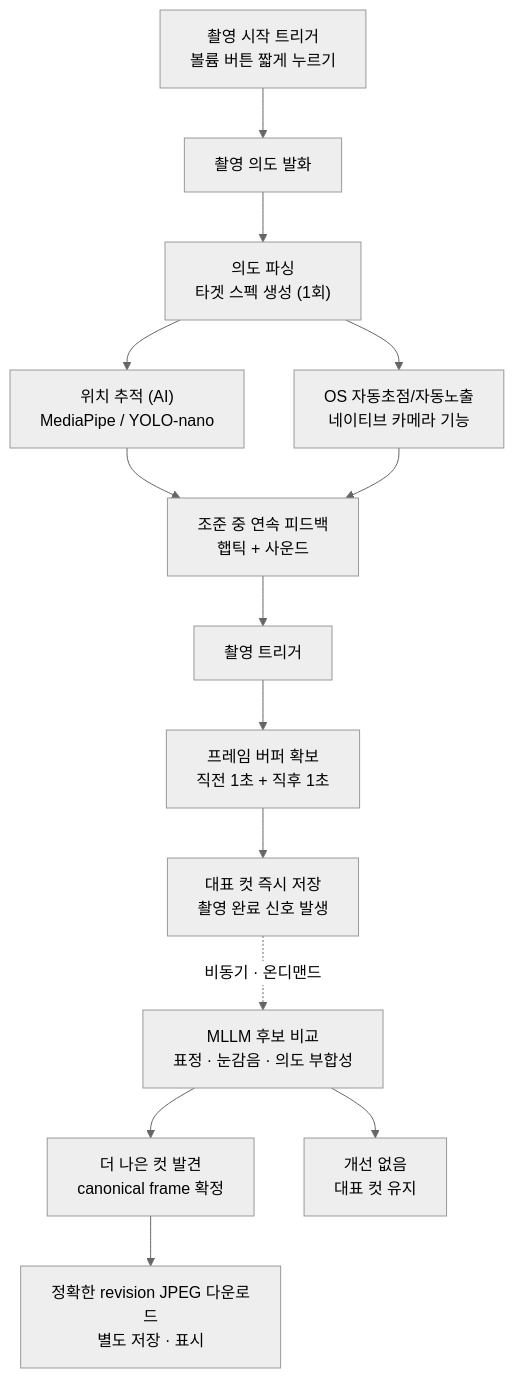
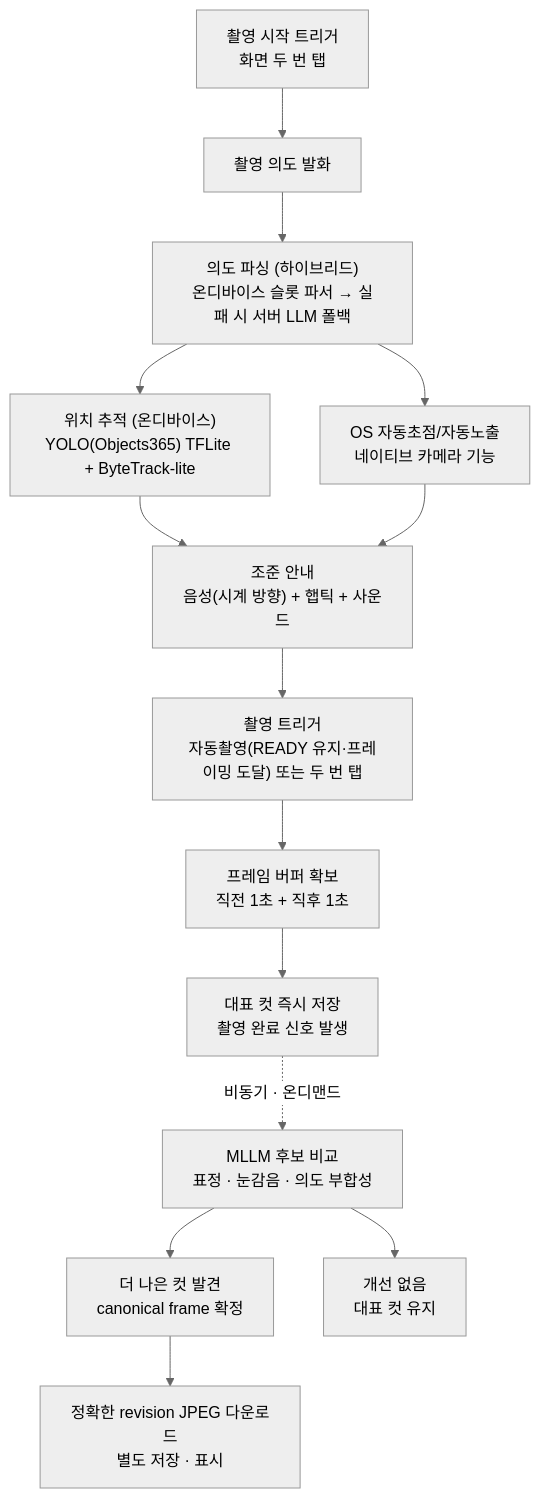
The diagram in README.md (SKT-FLY-AI-Challenger-9/Snap-Sight), drawn with Mermaid (neutral theme) before and after one commit. The commit also changed other lines of this file, not shown here.

````diff
--- a/README.md
+++ b/README.md
@@ -22,16 +23,16 @@
 ```mermaid
 flowchart TD
-    A["촬영 시작 트리거<br/>볼륨 버튼 짧게 누르기"] --> B["촬영 의도 발화"]
-    B --> C["의도 파싱<br/>타겟 스펙 생성 (1회)"]
-    C --> D["위치 추적 (AI)<br/>MediaPipe / YOLO-nano"]
+    A["촬영 시작 트리거<br/>화면 두 번 탭"] --> B["촬영 의도 발화"]
+    B --> C["의도 파싱 (하이브리드)<br/>온디바이스 슬롯 파서 → 실패 시 서버 LLM 폴백"]
+    C --> D["위치 추적 (온디바이스)<br/>YOLO(Objects365) TFLite + ByteTrack-lite"]
     C --> E["OS 자동초점/자동노출<br/>네이티브 카메라 기능"]
-    D --> F["조준 중 연속 피드백<br/>햅틱 + 사운드"]
+    D --> F["조준 안내<br/>음성(시계 방향) + 햅틱 + 사운드"]
     E --> F
-    F --> G["촬영 트리거"]
+    F --> G["촬영 트리거<br/>자동촬영(READY 유지·프레이밍 도달) 또는 두 번 탭"]
     G --> H["프레임 버퍼 확보<br/>직전 1초 + 직후 1초"]
     H --> I["대표 컷 즉시 저장<br/>촬영 완료 신호 발생"]
     I -. "비동기 · 온디맨드" .-> J["MLLM 후보 비교<br/>표정 · 눈감음 · 의도 부합성"]
     J --> K["더 나은 컷 발견<br/>canonical frame 확정"]
     K --> M["정확한 revision JPEG 다운로드<br/>별도 저장 · 표시"]
     J --> L["개선 없음<br/>대표 컷 유지"]
 ```
````
